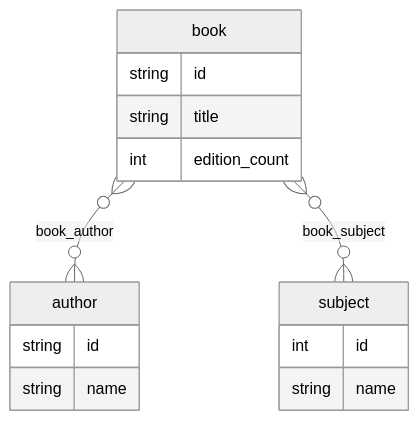
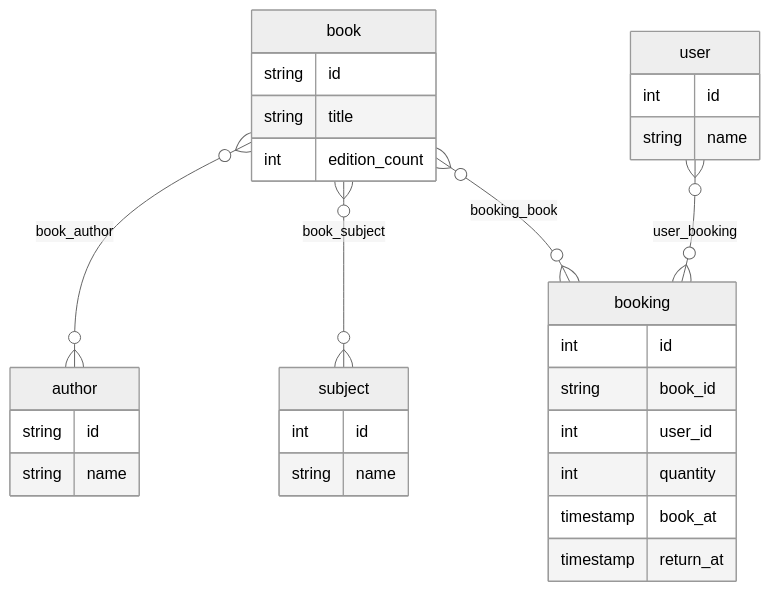
One commit to yanadhiwiranata/go-test-clean-arch changed the diagram in README.md. Above: the diagram before and after it, drawn with Mermaid (neutral theme).

Commit message:
Booking model

````diff
--- a/README.md
+++ b/README.md
@@ -26,18 +26,34 @@
 ```mermaid
     erDiagram
         book }o--o{ author : book_author
         book {
             string id
             string title
             int edition_count
         }
         author {
             string id
             string name
         }
         book }o--o{ subject : book_subject
         subject {
             int id
             string name
         }
+
+        book }o--o{ booking : booking_book
+        booking {
+            int id
+            string book_id
+            int user_id
+            int quantity
+            timestamp book_at
+            timestamp return_at
+        }
+
+        user }o--o{ booking : user_booking
+        user {
+            int id
+            string name
+        }
 ```
````
